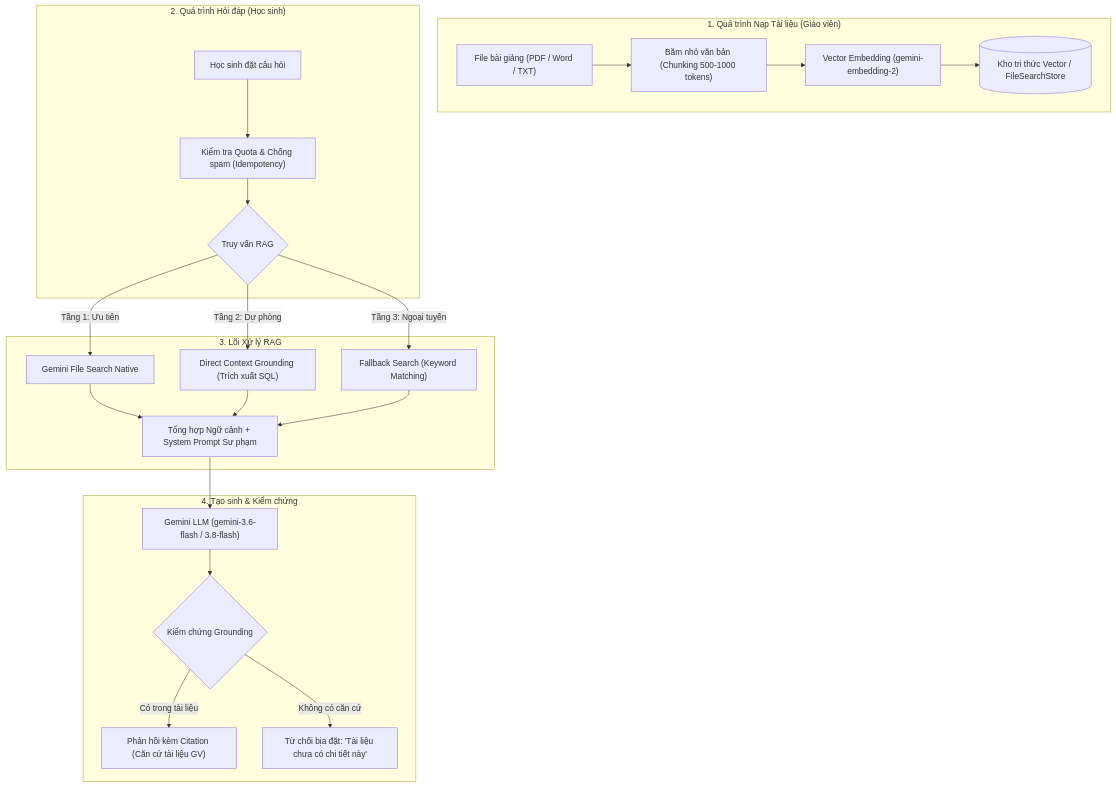
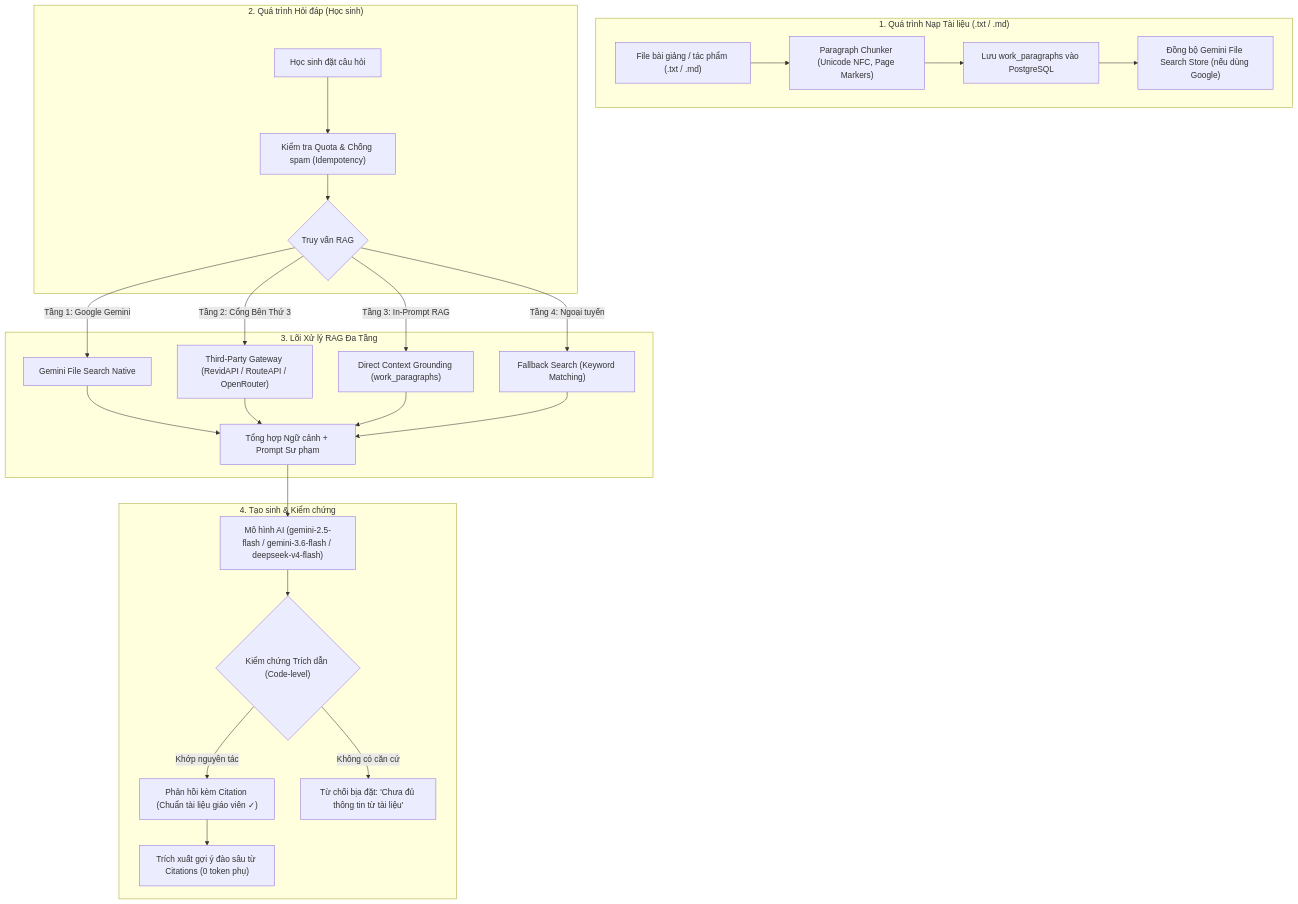
Before and after one commit to huytd-git1/chatbot-ngu-van: the diagram in docs/RAG_REPORT.md, drawn with Mermaid. The commit also changed other lines of this file and 8 other files, not shown here.

````diff
--- a/docs/RAG_REPORT.md
+++ b/docs/RAG_REPORT.md
@@ -26,30 +27,33 @@
 ```mermaid
 flowchart TD
-    subgraph INGESTION["1. Quá trình Nạp Tài liệu (Giáo viên)"]
-        A["File bài giảng (PDF / Word / TXT)"] --> B["Băm nhỏ văn bản (Chunking 500-1000 tokens)"]
-        B --> C["Vector Embedding (gemini-embedding-2)"]
-        C --> D[("Kho tri thức Vector / FileSearchStore")]
+    subgraph INGESTION["1. Quá trình Nạp Tài liệu (.txt / .md)"]
+        A["File bài giảng / tác phẩm (.txt / .md)"] --> B["Paragraph Chunker (Unicode NFC, Page Markers)"]
+        B --> C["Lưu work_paragraphs vào PostgreSQL"]
+        C --> D["Đồng bộ Gemini File Search Store (nếu dùng Google)"]
     end
 
     subgraph QUERY["2. Quá trình Hỏi đáp (Học sinh)"]
         E["Học sinh đặt câu hỏi"] --> F["Kiểm tra Quota & Chống spam (Idempotency)"]
         F --> G{"Truy vấn RAG"}
     end
 
-    subgraph RAG_CORE["3. Lõi Xử lý RAG"]
-        G -->|Tầng 1: Ưu tiên| H["Gemini File Search Native"]
-        G -->|Tầng 2: Dự phòng| I["Direct Context Grounding (Trích xuất SQL)"]
-        G -->|Tầng 3: Ngoại tuyến| J["Fallback Search (Keyword Matching)"]
+    subgraph RAG_CORE["3. Lõi Xử lý RAG Đa Tầng"]
+        G -->|Tầng 1: Google Gemini| H["Gemini File Search Native"]
+        G -->|Tầng 2: Cổng Bên Thứ 3| I["Third-Party Gateway (RevidAPI / RouteAPI / OpenRouter)"]
+        G -->|Tầng 3: In-Prompt RAG| J["Direct Context Grounding (work_paragraphs)"]
+        G -->|Tầng 4: Ngoại tuyến| K["Fallback Search (Keyword Matching)"]
         
-        H --> K["Tổng hợp Ngữ cảnh + System Prompt Sư phạm"]
-        I --> K
-        J --> K
+        H --> L["Tổng hợp Ngữ cảnh + Prompt Sư phạm"]
+        I --> L
+        J --> L
+        K --> L
     end
 
     subgraph GENERATION["4. Tạo sinh & Kiểm chứng"]
-        K --> L["Gemini LLM (gemini-3.6-flash / 3.8-flash)"]
-        L --> M{"Kiểm chứng Grounding"}
-        M -->|Có trong tài liệu| N["Phản hồi kèm Citation (Căn cứ tài liệu GV)"]
-        M -->|Không có căn cứ| O["Từ chối bịa đặt: 'Tài liệu chưa có chi tiết này'"]
+        L --> M["Mô hình AI (gemini-2.5-flash / gemini-3.6-flash / deepseek-v4-flash)"]
+        M --> N{"Kiểm chứng Trích dẫn (Code-level)"}
+        N -->|Khớp nguyên tác| O["Phản hồi kèm Citation (Chuẩn tài liệu giáo viên ✓)"]
+        N -->|Không có căn cứ| P["Từ chối bịa đặt: 'Chưa đủ thông tin từ tài liệu'"]
+        O --> Q["Trích xuất gợi ý đào sâu từ Citations (0 token phụ)"]
     end
 ```
````
